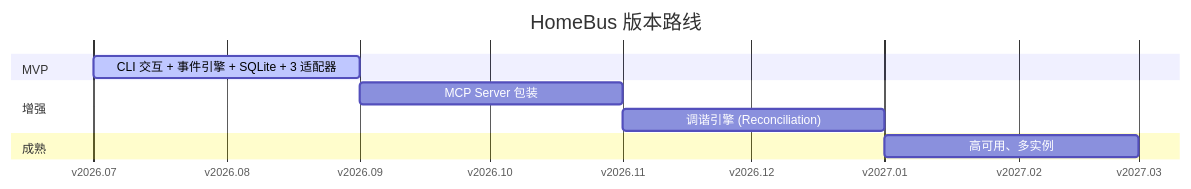
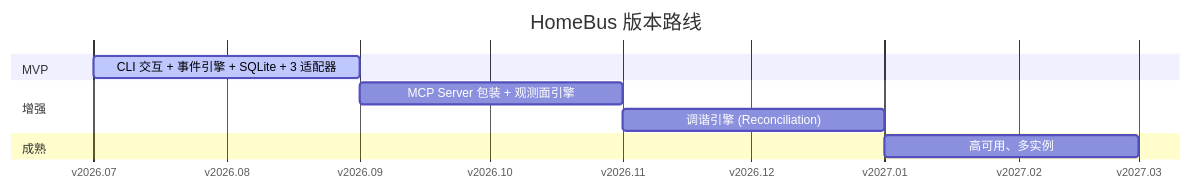
Before and after one commit to vicat47/vicat-home-bus: the third of 3 diagrams in README.md, drawn with Mermaid. The commit also changed other lines of this file, not shown here.

````diff
--- a/README.md
+++ b/README.md
@@ -84,16 +208,16 @@
 ```mermaid
 gantt
     title HomeBus 版本路线
     dateFormat  YYYY-MM
     axisFormat  v%Y.%m
 
     section MVP
     CLI 交互 + 事件引擎 + SQLite + 3 适配器 :active, v01, 2026-07, 2026-09
 
     section 增强
-    MCP Server 包装                :v02, 2026-09, 2026-11
+    MCP Server 包装 + 观测面引擎    :v02, 2026-09, 2026-11
     调谐引擎 (Reconciliation)      :v03, 2026-11, 2027-01
 
     section 成熟
     高可用、多实例                  :v10, 2027-01, 2027-03
 ```
````
